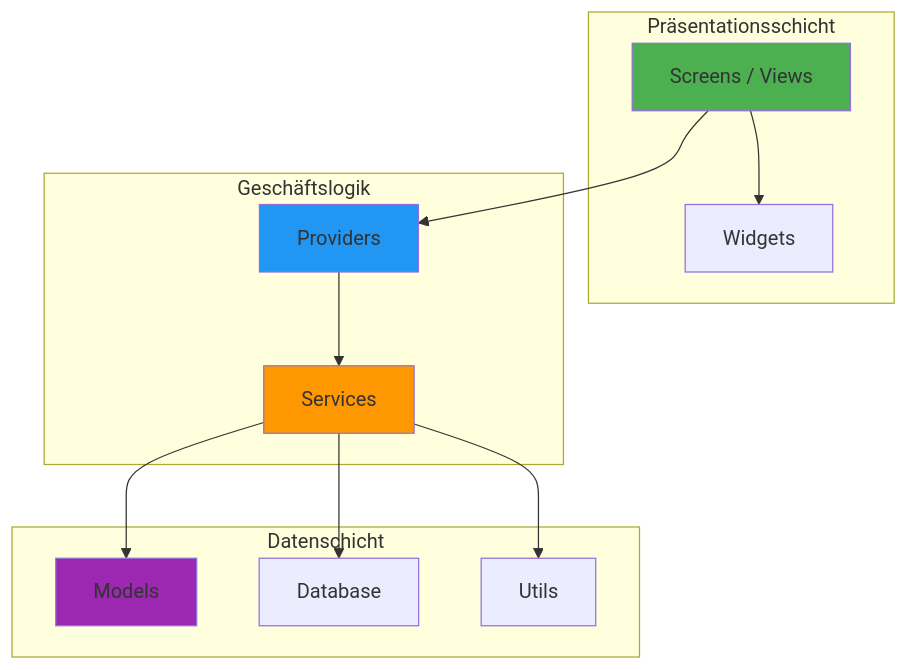
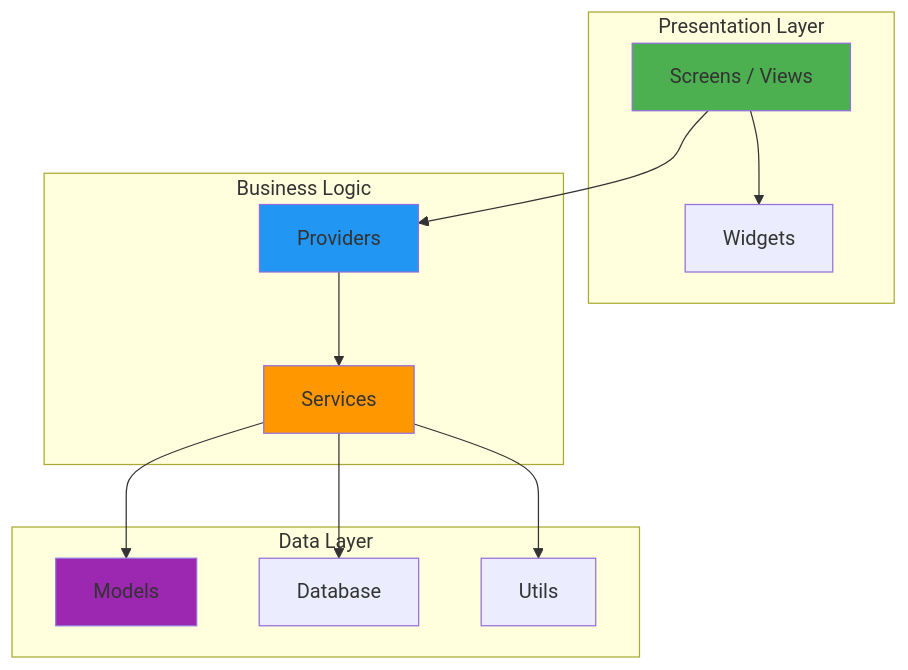
The diagram in README.md (Nishanth619/PDF-_Gen), drawn with Mermaid before and after one commit. The commit also changed other lines of this file and 4 other files, not shown here.

````diff
--- a/README.md
+++ b/README.md
@@ -41,30 +41,30 @@
 ```mermaid
 graph TB
-    subgraph Präsentationsschicht
+    subgraph Presentation Layer
         UI[Screens / Views]
         WG[Widgets]
     end
     
-    subgraph Geschäftslogik
+    subgraph Business Logic
         PR[Providers]
         SV[Services]
     end
     
-    subgraph Datenschicht
+    subgraph Data Layer
         MD[Models]
         DB[Database]
         UT[Utils]
     end
     
     UI --> PR
     UI --> WG
     PR --> SV
     SV --> MD
     SV --> DB
     SV --> UT
     
     style UI fill:#4CAF50
     style PR fill:#2196F3
     style SV fill:#FF9800
     style MD fill:#9C27B0
 ```
````
